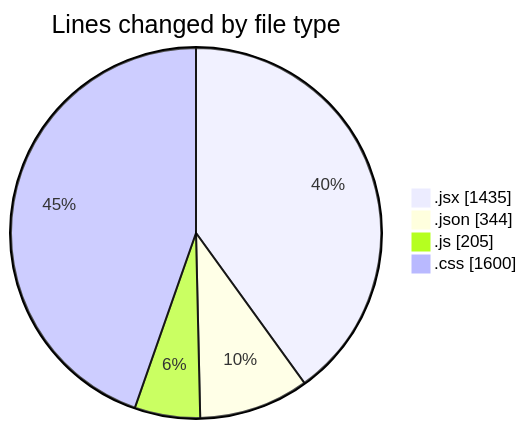
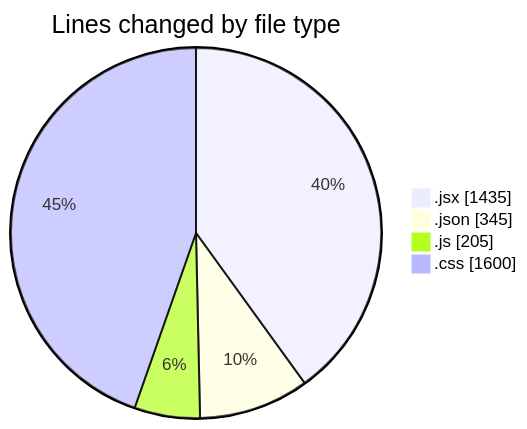
One commit to BS-eng2023/code-tracking changed the first of 2 diagrams in 2025-05-04/project/README.md. Above: the diagram before and after it, drawn with Mermaid. The commit also changed other lines of this file and 1 other file, not shown here.

````diff
--- a/2025-05-04/project/README.md
+++ b/2025-05-04/project/README.md
@@ -40,8 +40,8 @@
 ```mermaid
 pie showData
 title Lines changed by file type
 ".jsx" : 1435
-".json" : 344
+".json" : 345
 ".js" : 205
 ".css" : 1600
 ```
````
